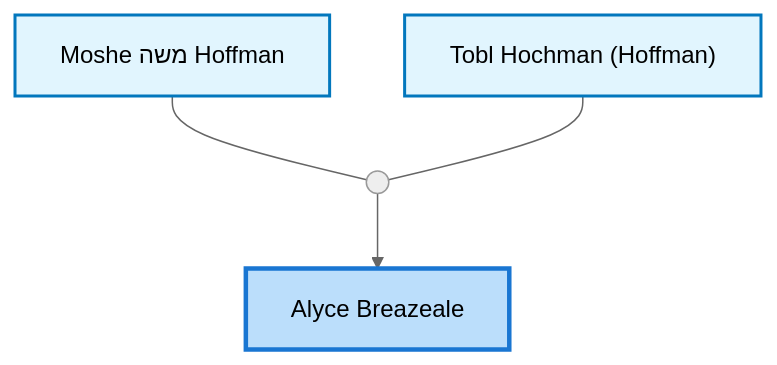
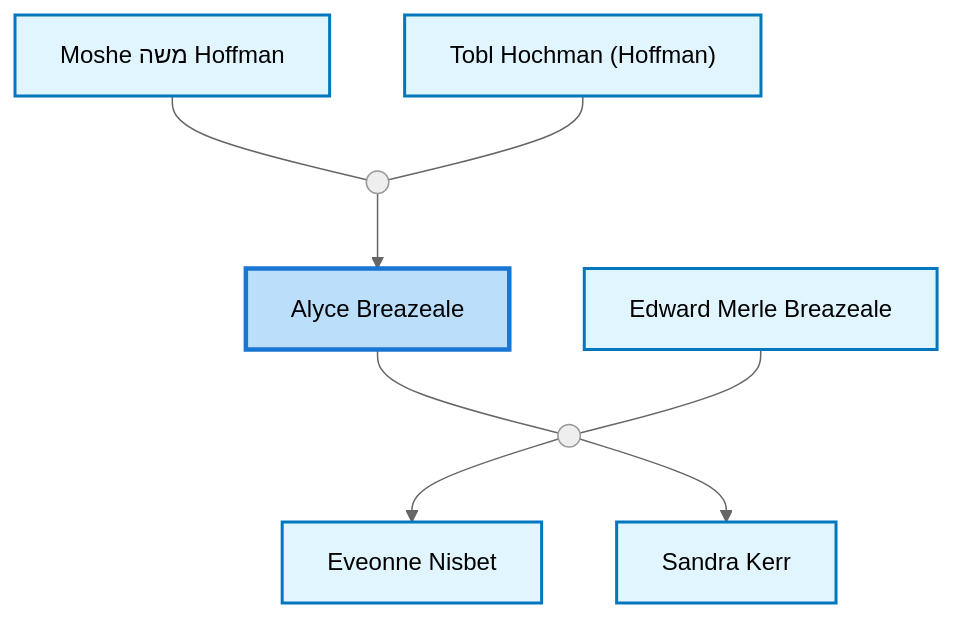
One commit to moshehoff/FamilyHistory changed the first of 3 diagrams in site/content/profiles/Alyce Breazeale.md. Above: the diagram before and after it, drawn with Mermaid (neutral theme). The commit also changed other lines of this file and 133 other files, not shown here.

Commit message:
Update Moshe Hoffman ID: I10 -> I11052340 and rename I38516664 biography

````diff
--- a/site/content/profiles/Alyce Breazeale.md
+++ b/site/content/profiles/Alyce Breazeale.md
@@ -22,19 +22,33 @@
 ```mermaid
 flowchart TD
 classDef person fill:#e1f5fe,stroke:#0277bd,stroke-width:2px;
 classDef internal-link fill:#e1f5fe,stroke:#0277bd,stroke-width:2px;
 classDef current fill:#bbdefb,stroke:#1976d2,stroke-width:3px;
-idI15["Alyce Breazeale"]
-class idI15 current
-click idI15 "../profiles/Alyce-Breazeale" "Alyce Breazeale"
-idI10["Moshe משה Hoffman"]
-class idI10 internal-link
-click idI10 "../profiles/Moshe-%D7%9E%D7%A9%D7%94-Hoffman" "Moshe משה Hoffman"
-idI11["Tobl Hochman (Hoffman)"]
-class idI11 internal-link
-click idI11 "../profiles/Tobl-Hochman-%28Hoffman%29" "Tobl Hochman (Hoffman)"
-marriage_idF3((" "))
-idI10 --- marriage_idF3
-idI11 --- marriage_idF3
-marriage_idF3 --> idI15
+idI61277011["Alyce Breazeale"]
+class idI61277011 current
+click idI61277011 "../profiles/Alyce-Breazeale" "Alyce Breazeale"
+idI11052340["Moshe משה Hoffman"]
+class idI11052340 internal-link
+click idI11052340 "../profiles/Moshe-%D7%9E%D7%A9%D7%94-Hoffman" "Moshe משה Hoffman"
+idI38735986["Tobl Hochman (Hoffman)"]
+class idI38735986 internal-link
+click idI38735986 "../profiles/Tobl-Hochman-%28Hoffman%29" "Tobl Hochman (Hoffman)"
+marriage_idF3776794((" "))
+idI11052340 --- marriage_idF3776794
+idI38735986 --- marriage_idF3776794
+marriage_idF3776794 --> idI61277011
+idI61276980["Edward Merle Breazeale"]
+class idI61276980 internal-link
+click idI61276980 "../profiles/Edward-Merle-Breazeale" "Edward Merle Breazeale"
+marriage_idF20778736((" "))
+idI61277011 --- marriage_idF20778736
+idI61276980 --- marriage_idF20778736
+idI45569141["Eveonne Nisbet"]
+class idI45569141 internal-link
+click idI45569141 "../profiles/Eveonne-Nisbet" "Eveonne Nisbet"
+marriage_idF20778736 --> idI45569141
+idI39964744["Sandra Kerr"]
+class idI39964744 internal-link
+click idI39964744 "../profiles/Sandra-Kerr" "Sandra Kerr"
+marriage_idF20778736 --> idI39964744
 ```
````
